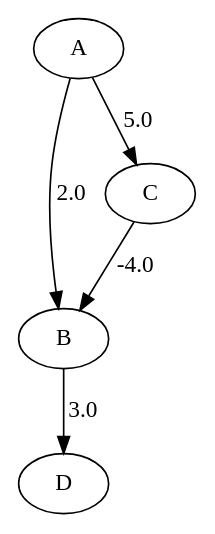
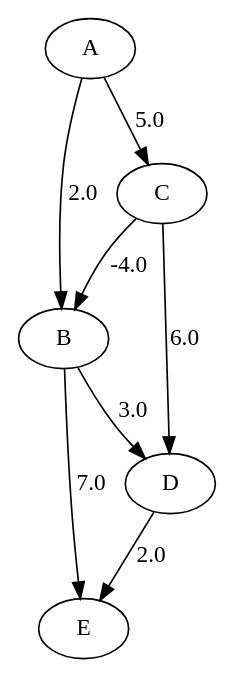
Before and after one commit to LeonardoCCR/Seminario-Grafos: the diagram in DotArchives/Read/rotas_desconto.dot, drawn with Graphviz. The commit also changed 1 other file, not shown here.

```diff
--- a/DotArchives/Read/rotas_desconto.dot
+++ b/DotArchives/Read/rotas_desconto.dot
@@ -1,13 +1,17 @@
 digraph G {
     graph [weighted="true"];
 
     "A" [value="Centro A"];
     "B" [value="Hub B"];
     "C" [value="Hub C"];
-    "D" [value="Destino D"];
+    "D" [value="Hub D"];
+    "E" [value="Destino E"];
 
     "A" -> "B" [label="2.0"];
     "A" -> "C" [label="5.0"];
     "C" -> "B" [label="-4.0"];
     "B" -> "D" [label="3.0"];
+    "B" -> "E" [label="7.0"];
+    "C" -> "D" [label="6.0"];
+    "D" -> "E" [label="2.0"];
 }
```
